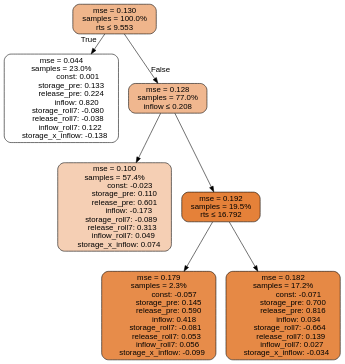
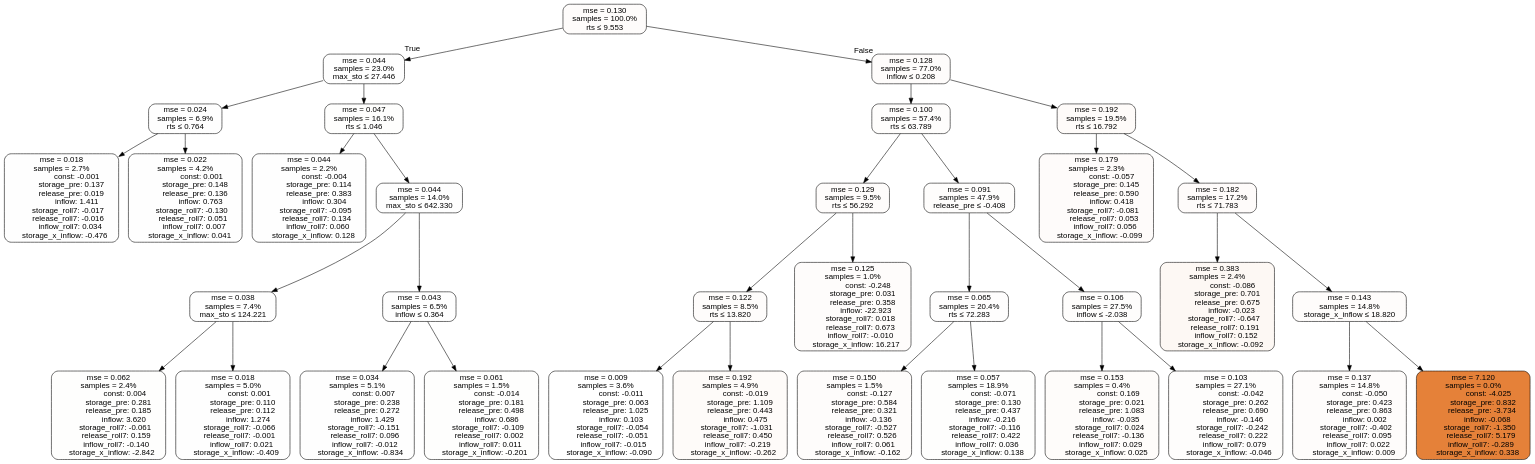
Before and after one commit to lcford2/predict-release: the diagram in results/tclr_model/all/TD5_RT_MS_exhaustive/tree.dot, drawn with Graphviz. The commit also changed 23 other files, not shown here.

```diff
--- a/results/tclr_model/all/TD5_RT_MS_exhaustive/tree.dot
+++ b/results/tclr_model/all/TD5_RT_MS_exhaustive/tree.dot
@@ -4,34 +4,190 @@
 edge [fontname=helvetica] ;
 	"0" [label="mse = 0.130
 samples = 100.0%
-rts &le; 9.553", fillcolor="#efb58b"]
+rts &le; 9.553", fillcolor="#fefcfb"]
 	"1" [label="mse = 0.044
 samples = 23.0%
+max_sto &le; 27.446", fillcolor="#fefefe"]
+	"2" [label="mse = 0.024
+samples = 6.9%
+rts &le; 0.764", fillcolor="#fefefe"]
+	"3" [label="mse = 0.018
+samples = 2.7%
+               const: -0.001
+          storage_pre: 0.137
+          release_pre: 0.019
+               inflow: 1.411
+       storage_roll7: -0.017
+       release_roll7: -0.016
+         inflow_roll7: 0.034
+    storage_x_inflow: -0.476", fillcolor="#fefefe"]
+	"4" [label="mse = 0.022
+samples = 4.2%
                 const: 0.001
-          storage_pre: 0.133
-          release_pre: 0.224
-               inflow: 0.820
-       storage_roll7: -0.080
-       release_roll7: -0.038
-         inflow_roll7: 0.122
-    storage_x_inflow: -0.138", fillcolor="#ffffff"]
-	"2" [label="mse = 0.128
+          storage_pre: 0.148
+          release_pre: 0.136
+               inflow: 0.763
+       storage_roll7: -0.130
+        release_roll7: 0.051
+         inflow_roll7: 0.007
+     storage_x_inflow: 0.041", fillcolor="#fefefe"]
+	"5" [label="mse = 0.047
+samples = 16.1%
+rts &le; 1.046", fillcolor="#fefefd"]
+	"6" [label="mse = 0.044
+samples = 2.2%
+               const: -0.004
+          storage_pre: 0.114
+          release_pre: 0.383
+               inflow: 0.304
+       storage_roll7: -0.095
+        release_roll7: 0.134
+         inflow_roll7: 0.060
+     storage_x_inflow: 0.128", fillcolor="#fefefe"]
+	"7" [label="mse = 0.044
+samples = 14.0%
+max_sto &le; 642.330", fillcolor="#fefefe"]
+	"8" [label="mse = 0.038
+samples = 7.4%
+max_sto &le; 124.221", fillcolor="#fefefe"]
+	"9" [label="mse = 0.062
+samples = 2.4%
+                const: 0.004
+          storage_pre: 0.281
+          release_pre: 0.185
+               inflow: 3.620
+       storage_roll7: -0.061
+        release_roll7: 0.159
+        inflow_roll7: -0.140
+    storage_x_inflow: -2.842", fillcolor="#fefefd"]
+	"10" [label="mse = 0.018
+samples = 5.0%
+                const: 0.001
+          storage_pre: 0.110
+          release_pre: 0.112
+               inflow: 1.274
+       storage_roll7: -0.066
+       release_roll7: -0.001
+         inflow_roll7: 0.021
+    storage_x_inflow: -0.409", fillcolor="#fefefe"]
+	"11" [label="mse = 0.043
+samples = 6.5%
+inflow &le; 0.364", fillcolor="#fefefe"]
+	"12" [label="mse = 0.034
+samples = 5.1%
+                const: 0.007
+          storage_pre: 0.238
+          release_pre: 0.272
+               inflow: 1.429
+       storage_roll7: -0.151
+        release_roll7: 0.096
+        inflow_roll7: -0.012
+    storage_x_inflow: -0.834", fillcolor="#fefefe"]
+	"13" [label="mse = 0.061
+samples = 1.5%
+               const: -0.014
+          storage_pre: 0.181
+          release_pre: 0.498
+               inflow: 0.686
+       storage_roll7: -0.109
+        release_roll7: 0.002
+         inflow_roll7: 0.011
+    storage_x_inflow: -0.201", fillcolor="#fefefd"]
+	"14" [label="mse = 0.128
 samples = 77.0%
-inflow &le; 0.208", fillcolor="#f0b78f"]
-	"3" [label="mse = 0.100
+inflow &le; 0.208", fillcolor="#fefcfb"]
+	"15" [label="mse = 0.100
 samples = 57.4%
-               const: -0.023
-          storage_pre: 0.110
-          release_pre: 0.601
-              inflow: -0.173
-       storage_roll7: -0.089
-        release_roll7: 0.313
-         inflow_roll7: 0.049
-     storage_x_inflow: 0.074", fillcolor="#f5cfb4"]
-	"4" [label="mse = 0.192
+rts &le; 63.789", fillcolor="#fefdfc"]
+	"16" [label="mse = 0.129
+samples = 9.5%
+rts &le; 56.292", fillcolor="#fefcfb"]
+	"17" [label="mse = 0.122
+samples = 8.5%
+rts &le; 13.820", fillcolor="#fefcfb"]
+	"18" [label="mse = 0.009
+samples = 3.6%
+               const: -0.011
+          storage_pre: 0.063
+          release_pre: 1.025
+               inflow: 0.103
+       storage_roll7: -0.054
+       release_roll7: -0.051
+        inflow_roll7: -0.015
+    storage_x_inflow: -0.090", fillcolor="#ffffff"]
+	"19" [label="mse = 0.192
+samples = 4.9%
+               const: -0.019
+          storage_pre: 1.109
+          release_pre: 0.443
+               inflow: 0.475
+       storage_roll7: -1.031
+        release_roll7: 0.450
+        inflow_roll7: -0.219
+    storage_x_inflow: -0.262", fillcolor="#fefbf9"]
+	"20" [label="mse = 0.125
+samples = 1.0%
+               const: -0.248
+          storage_pre: 0.031
+          release_pre: 0.358
+             inflow: -22.923
+        storage_roll7: 0.018
+        release_roll7: 0.673
+        inflow_roll7: -0.010
+    storage_x_inflow: 16.217", fillcolor="#fefcfb"]
+	"21" [label="mse = 0.091
+samples = 47.9%
+release_pre &le; -0.408", fillcolor="#fefdfc"]
+	"22" [label="mse = 0.065
+samples = 20.4%
+rts &le; 72.283", fillcolor="#fefdfd"]
+	"23" [label="mse = 0.150
+samples = 1.5%
+               const: -0.127
+          storage_pre: 0.584
+          release_pre: 0.321
+              inflow: -0.136
+       storage_roll7: -0.527
+        release_roll7: 0.526
+         inflow_roll7: 0.061
+    storage_x_inflow: -0.162", fillcolor="#fefcfb"]
+	"24" [label="mse = 0.057
+samples = 18.9%
+               const: -0.071
+          storage_pre: 0.130
+          release_pre: 0.437
+              inflow: -0.216
+       storage_roll7: -0.116
+        release_roll7: 0.422
+         inflow_roll7: 0.036
+     storage_x_inflow: 0.138", fillcolor="#fefefd"]
+	"25" [label="mse = 0.106
+samples = 27.5%
+inflow &le; -2.038", fillcolor="#fefdfc"]
+	"26" [label="mse = 0.153
+samples = 0.4%
+                const: 0.169
+          storage_pre: 0.021
+          release_pre: 1.083
+              inflow: -0.035
+        storage_roll7: 0.024
+       release_roll7: -0.136
+         inflow_roll7: 0.029
+     storage_x_inflow: 0.025", fillcolor="#fefcfa"]
+	"27" [label="mse = 0.103
+samples = 27.1%
+               const: -0.042
+          storage_pre: 0.262
+          release_pre: 0.690
+              inflow: -0.146
+       storage_roll7: -0.242
+        release_roll7: 0.222
+         inflow_roll7: 0.079
+    storage_x_inflow: -0.046", fillcolor="#fefdfc"]
+	"28" [label="mse = 0.192
 samples = 19.5%
-rts &le; 16.792", fillcolor="#e58139"]
-	"5" [label="mse = 0.179
+rts &le; 16.792", fillcolor="#fefbf9"]
+	"29" [label="mse = 0.179
 samples = 2.3%
                const: -0.057
           storage_pre: 0.145
@@ -40,22 +196,76 @@
        storage_roll7: -0.081
         release_roll7: 0.053
          inflow_roll7: 0.056
-    storage_x_inflow: -0.099", fillcolor="#e78c4a"]
-	"6" [label="mse = 0.182
+    storage_x_inflow: -0.099", fillcolor="#fefbfa"]
+	"30" [label="mse = 0.182
 samples = 17.2%
-               const: -0.071
-          storage_pre: 0.700
-          release_pre: 0.816
-               inflow: 0.034
-       storage_roll7: -0.664
-        release_roll7: 0.139
-         inflow_roll7: 0.027
-    storage_x_inflow: -0.034", fillcolor="#e68945"]
+rts &le; 71.783", fillcolor="#fefbfa"]
+	"31" [label="mse = 0.383
+samples = 2.4%
+               const: -0.086
+          storage_pre: 0.701
+          release_pre: 0.675
+              inflow: -0.023
+       storage_roll7: -0.647
+        release_roll7: 0.191
+         inflow_roll7: 0.152
+    storage_x_inflow: -0.092", fillcolor="#fdf8f4"]
+	"32" [label="mse = 0.143
+samples = 14.8%
+storage_x_inflow &le; 18.820", fillcolor="#fefcfb"]
+	"33" [label="mse = 0.137
+samples = 14.8%
+               const: -0.050
+          storage_pre: 0.423
+          release_pre: 0.863
+               inflow: 0.002
+       storage_roll7: -0.402
+        release_roll7: 0.095
+         inflow_roll7: 0.022
+     storage_x_inflow: 0.009", fillcolor="#fefcfb"]
+	"34" [label="mse = 7.120
+samples = 0.0%
+               const: -4.025
+          storage_pre: 0.832
+         release_pre: -3.734
+              inflow: -0.068
+       storage_roll7: -1.350
+        release_roll7: 5.179
+        inflow_roll7: -0.289
+     storage_x_inflow: 0.338", fillcolor="#e58139"]
 
 	"0" -> "1" [labeldistance=2.5, labelangle=45, headlabel="True"]
-	"0" -> "2" [labeldistance=2.5, labelangle=-45, headlabel="False"]
+	"1" -> "2"
 	"2" -> "3"
 	"2" -> "4"
-	"4" -> "5"
-	"4" -> "6"
+	"1" -> "5"
+	"5" -> "6"
+	"5" -> "7"
+	"7" -> "8"
+	"8" -> "9"
+	"8" -> "10"
+	"7" -> "11"
+	"11" -> "12"
+	"11" -> "13"
+	"0" -> "14" [labeldistance=2.5, labelangle=-45, headlabel="False"]
+	"14" -> "15"
+	"15" -> "16"
+	"16" -> "17"
+	"17" -> "18"
+	"17" -> "19"
+	"16" -> "20"
+	"15" -> "21"
+	"21" -> "22"
+	"22" -> "23"
+	"22" -> "24"
+	"21" -> "25"
+	"25" -> "26"
+	"25" -> "27"
+	"14" -> "28"
+	"28" -> "29"
+	"28" -> "30"
+	"30" -> "31"
+	"30" -> "32"
+	"32" -> "33"
+	"32" -> "34"
 }
```
